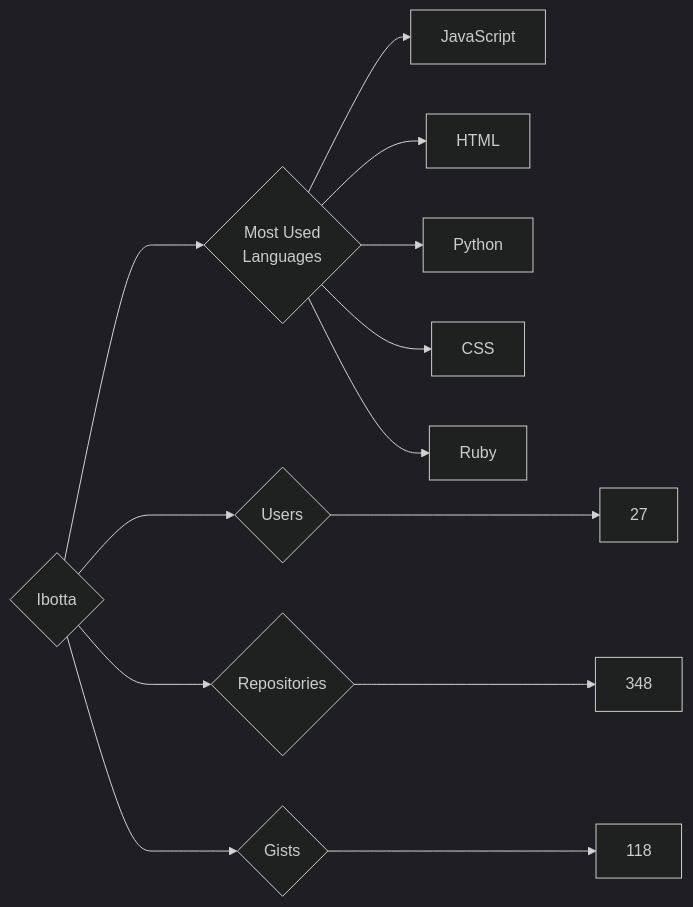
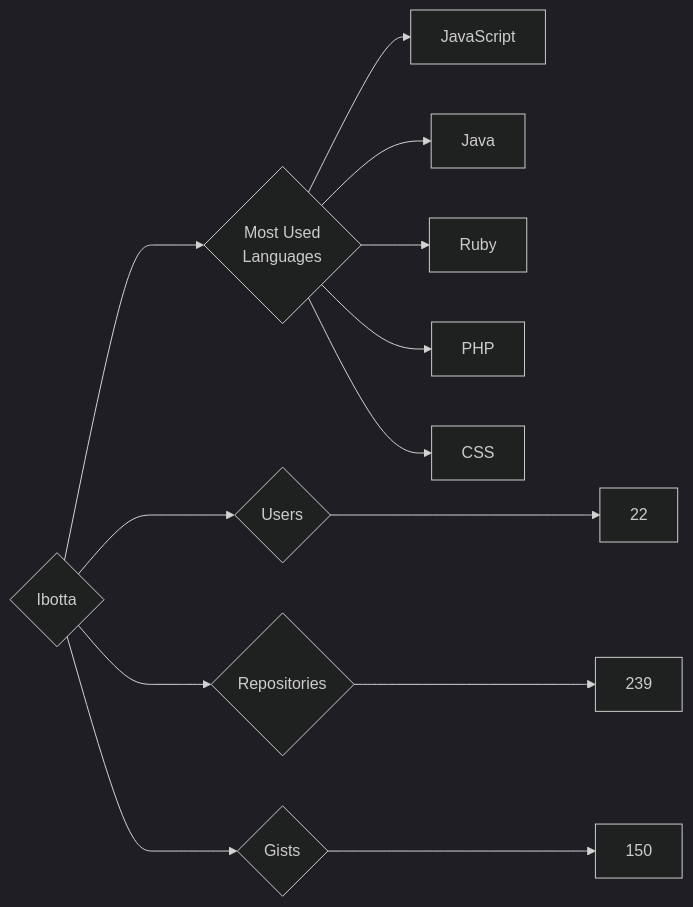
Before and after one commit to trickest/insiders: the diagram in targets/Ibotta/README.md, drawn with Mermaid (dark theme). The commit also changed 736 other files, not shown here.

````diff
--- a/targets/Ibotta/README.md
+++ b/targets/Ibotta/README.md
@@ -3,13 +3,13 @@
 ```mermaid
 graph LR
 COMPANY_NAME{Ibotta}
-COMPANY_NAME ---> U{Users} ---> UN[27]
-COMPANY_NAME ---> R{Repositories} ---> RN[348]
-COMPANY_NAME ---> G{Gists} ---> GN[118]
+COMPANY_NAME ---> U{Users} ---> UN[22]
+COMPANY_NAME ---> R{Repositories} ---> RN[239]
+COMPANY_NAME ---> G{Gists} ---> GN[150]
 COMPANY_NAME ---> ML{Most Used<br>Languages}
 ML --> JavaScript[JavaScript]
-ML --> HTML[HTML]
-ML --> Python[Python]
+ML --> Java[Java]
+ML --> Ruby[Ruby]
+ML --> PHP[PHP]
 ML --> CSS[CSS]
-ML --> Ruby[Ruby]
 ```
````
